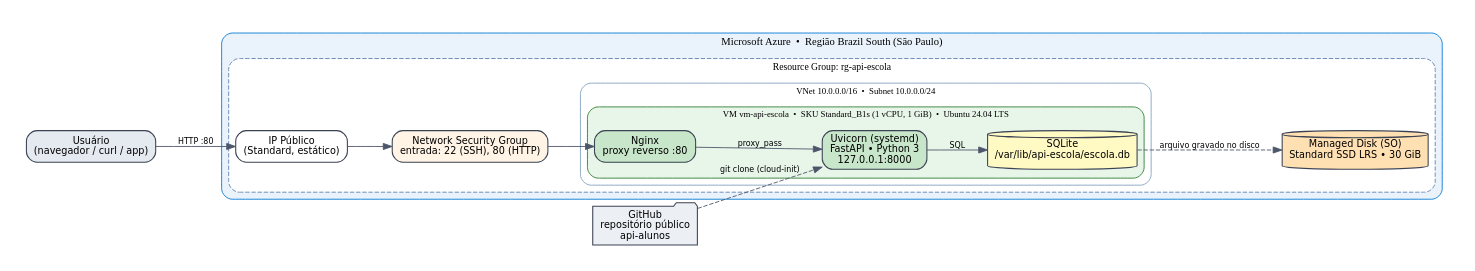
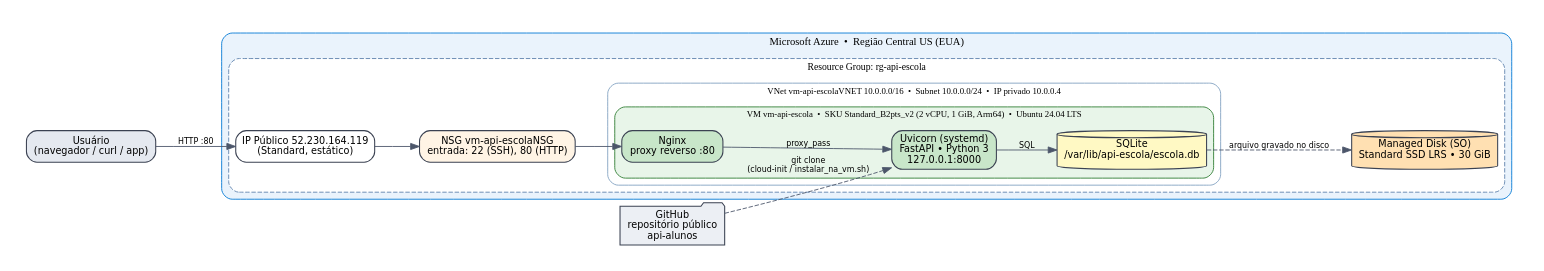
Before and after one commit to RenesFernandes7366/api-alunos: the diagram in docs/diagramas/arquitetura.dot, drawn with Graphviz. The commit also changed 8 other files, not shown here.

Commit message:
Atualiza documentação com o ambiente real na Azure (Central US, Standard_B2pts_v2)

```diff
--- a/docs/diagramas/arquitetura.dot
+++ b/docs/diagramas/arquitetura.dot
@@ -1,27 +1,27 @@
 digraph G {
   rankdir=LR; bgcolor="white"; pad=0.3; nodesep=0.5; ranksep=0.7;
   node [shape=box style="rounded,filled" fontname="DejaVu Sans" fontsize=11 color="#3b4252" penwidth=1.2];
   edge [fontname="DejaVu Sans" fontsize=9 color="#4c566a"];
   user [label="Usuário\n(navegador / curl / app)" fillcolor="#e5e9f0"];
   gh [label="GitHub\nrepositório público\napi-alunos" fillcolor="#eceff4" shape=folder];
-  subgraph cluster_az { label="Microsoft Azure  •  Região Brazil South (São Paulo)"; fontname="DejaVu Sans Bold"; fontsize=12; style="rounded,filled"; fillcolor="#eaf3fc"; color="#0078d4";
+  subgraph cluster_az { label="Microsoft Azure  •  Região Central US (EUA)"; fontname="DejaVu Sans Bold"; fontsize=12; style="rounded,filled"; fillcolor="#eaf3fc"; color="#0078d4";
     subgraph cluster_rg { label="Resource Group: rg-api-escola"; style="rounded,dashed"; fillcolor="#f5f9fe"; color="#5e81ac"; fontsize=11;
-      ip [label="IP Público\n(Standard, estático)" fillcolor="#ffffff"];
-      nsg [label="Network Security Group\nentrada: 22 (SSH), 80 (HTTP)" fillcolor="#fff4e5"];
-      subgraph cluster_vnet { label="VNet 10.0.0.0/16  •  Subnet 10.0.0.0/24"; style="rounded"; fillcolor="#ffffff"; color="#81a1c1"; fontsize=10;
-        subgraph cluster_vm { label="VM vm-api-escola  •  SKU Standard_B1s (1 vCPU, 1 GiB)  •  Ubuntu 24.04 LTS"; style="rounded,filled"; fillcolor="#e8f5e9"; color="#2e7d32"; fontsize=10;
+      ip [label="IP Público 52.230.164.119\n(Standard, estático)" fillcolor="#ffffff"];
+      nsg [label="NSG vm-api-escolaNSG\nentrada: 22 (SSH), 80 (HTTP)" fillcolor="#fff4e5"];
+      subgraph cluster_vnet { label="VNet vm-api-escolaVNET 10.0.0.0/16  •  Subnet 10.0.0.0/24  •  IP privado 10.0.0.4"; style="rounded"; fillcolor="#ffffff"; color="#81a1c1"; fontsize=10;
+        subgraph cluster_vm { label="VM vm-api-escola  •  SKU Standard_B2pts_v2 (2 vCPU, 1 GiB, Arm64)  •  Ubuntu 24.04 LTS"; style="rounded,filled"; fillcolor="#e8f5e9"; color="#2e7d32"; fontsize=10;
           nginx [label="Nginx\nproxy reverso :80" fillcolor="#c8e6c9"];
           uv [label="Uvicorn (systemd)\nFastAPI • Python 3\n127.0.0.1:8000" fillcolor="#c8e6c9"];
           db [label="SQLite\n/var/lib/api-escola/escola.db" shape=cylinder fillcolor="#fff9c4"];
         }
       }
       disk [label="Managed Disk (SO)\nStandard SSD LRS • 30 GiB" shape=cylinder fillcolor="#ffe0b2"];
     }
   }
   user -> ip [label="HTTP :80"];
   ip -> nsg -> nginx;
   nginx -> uv [label="proxy_pass"];
   uv -> db [label="SQL"];
   db -> disk [style=dashed label="arquivo gravado no disco"];
-  gh -> uv [style=dashed label="git clone (cloud-init)"];
+  gh -> uv [style=dashed label="git clone\n(cloud-init / instalar_na_vm.sh)"];
 }
```
